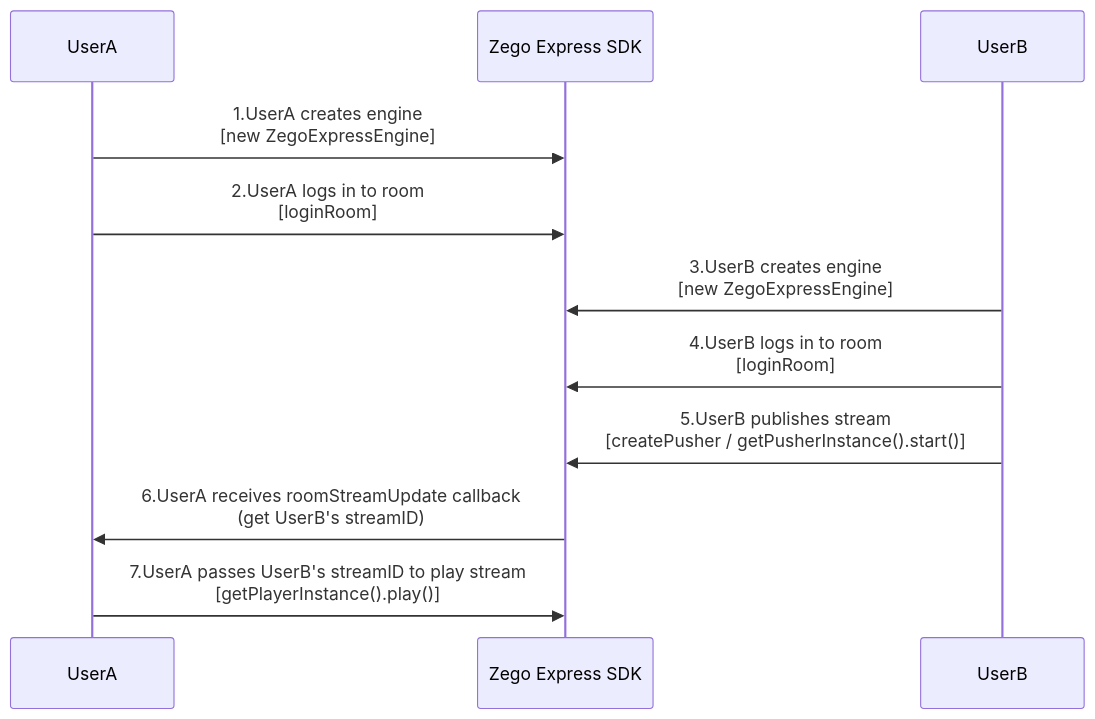
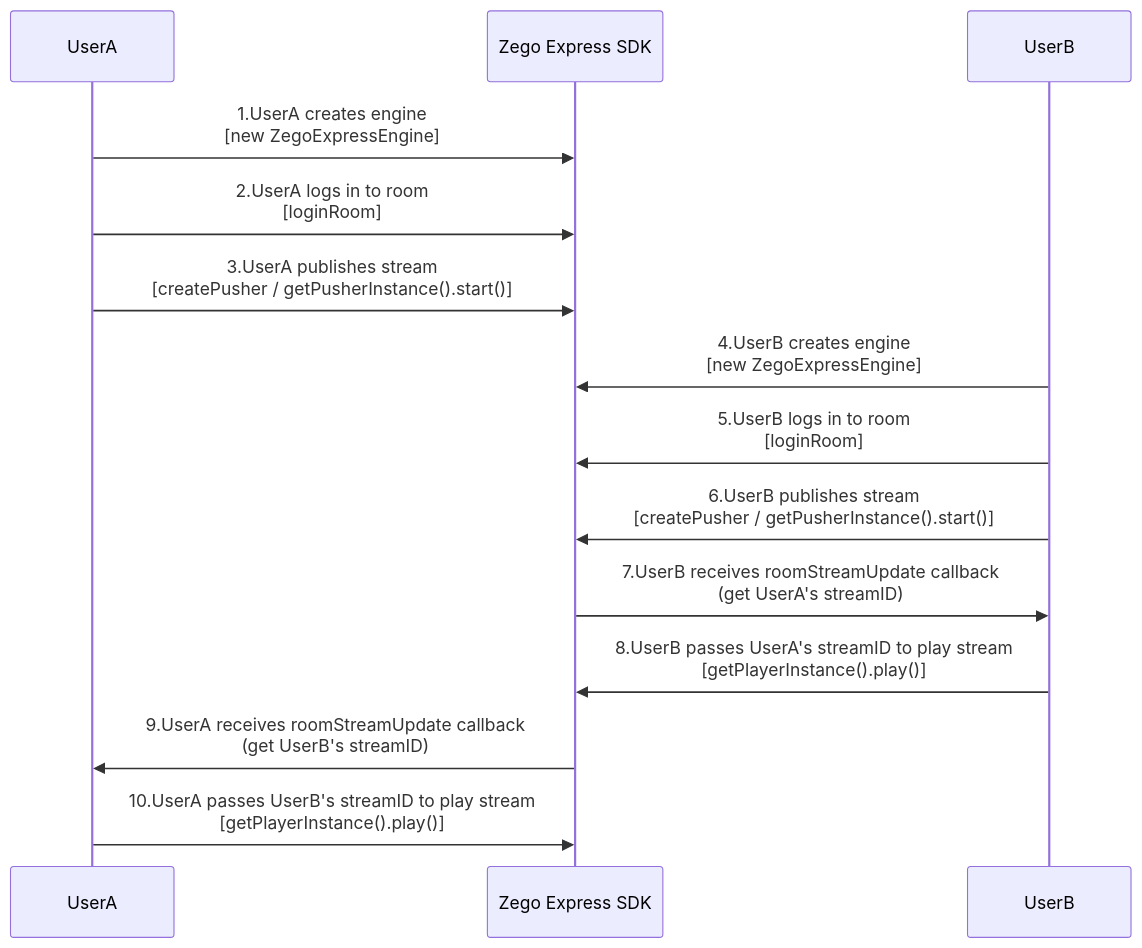
Before and after one commit to ZEGOCLOUD/docs_all: the first of 2 diagrams in core_products/real-time-voice-video/en/cocos-creator-ts/quick-start/quick-access-websdk.mdx, drawn with Mermaid. The commit also changed other lines of this file and 35 other files, not shown here.

First line of the commit message:
RealTimeVoiceVideo: Update implementation flow diagram to show bidirectional stream

````diff
--- a/core_products/real-time-voice-video/en/cocos-creator-ts/quick-start/quick-access-websdk.mdx
+++ b/core_products/real-time-voice-video/en/cocos-creator-ts/quick-start/quick-access-websdk.mdx
@@ -40,14 +40,17 @@
 ```mermaid
 sequenceDiagram
     participant UserA
     participant ZEGO as Zego Express SDK
     participant UserB
 
     UserA->>ZEGO: 1.UserA creates engine<br/>[new ZegoExpressEngine]
     UserA->>ZEGO: 2.UserA logs in to room<br/>[loginRoom]
-    UserB->>ZEGO: 3.UserB creates engine<br/>[new ZegoExpressEngine]
-    UserB->>ZEGO: 4.UserB logs in to room<br/>[loginRoom]
-    UserB->>ZEGO: 5.UserB publishes stream<br/>[createPusher / getPusherInstance().start()]
-    ZEGO->>UserA: 6.UserA receives roomStreamUpdate callback<br/>(get UserB's streamID)
-    UserA->>ZEGO: 7.UserA passes UserB's streamID to play stream<br/>[getPlayerInstance().play()]
+    UserA->>ZEGO: 3.UserA publishes stream<br/>[createPusher / getPusherInstance().start()]
+    UserB->>ZEGO: 4.UserB creates engine<br/>[new ZegoExpressEngine]
+    UserB->>ZEGO: 5.UserB logs in to room<br/>[loginRoom]
+    UserB->>ZEGO: 6.UserB publishes stream<br/>[createPusher / getPusherInstance().start()]
+    ZEGO->>UserB: 7.UserB receives roomStreamUpdate callback<br/>(get UserA's streamID)
+    UserB->>ZEGO: 8.UserB passes UserA's streamID to play stream<br/>[getPlayerInstance().play()]
+    ZEGO->>UserA: 9.UserA receives roomStreamUpdate callback<br/>(get UserB's streamID)
+    UserA->>ZEGO: 10.UserA passes UserB's streamID to play stream<br/>[getPlayerInstance().play()]
 ```
````
